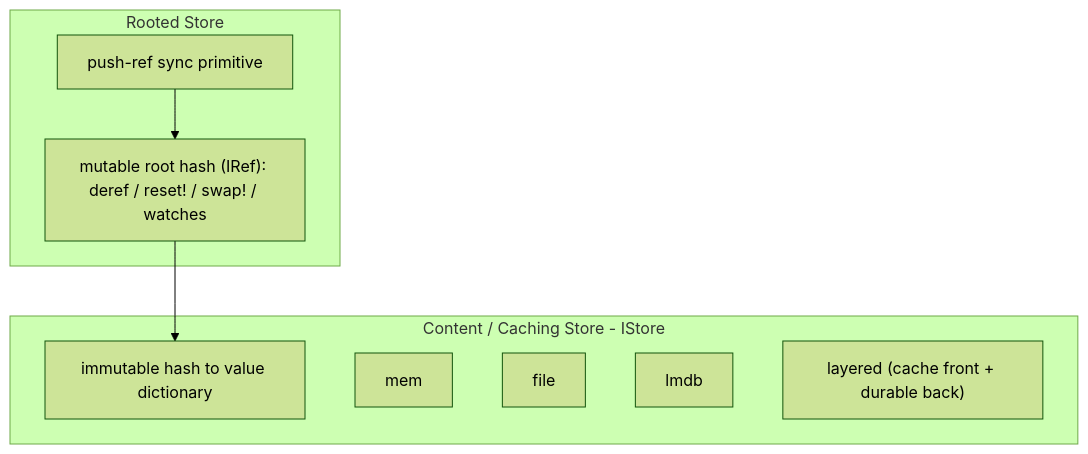
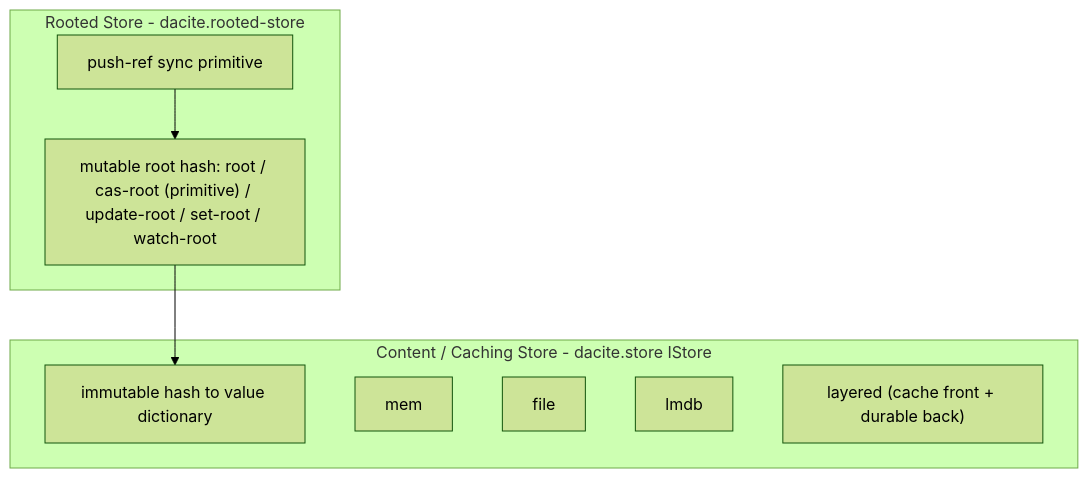
One commit to jclaggett/dacite changed the diagram in docs/design/stores-phase-1.md. Above: the diagram before and after it, drawn with Mermaid (forest theme). The commit also changed other lines of this file and 8 other files, not shown here.

First line of the commit message:
Recast Rooted Stores around compare-and-set; archive dacite.service.

````diff
--- a/docs/design/stores-phase-1.md
+++ b/docs/design/stores-phase-1.md
@@ -23,16 +25,16 @@
 ```mermaid
 graph TD
-  subgraph rooted [Rooted Store]
-    Root["mutable root hash (IRef): deref / reset! / swap! / watches"]
+  subgraph rooted [Rooted Store - dacite.rooted-store]
+    Root["mutable root hash: root / cas-root (primitive) / update-root / set-root / watch-root"]
     Push["push-ref sync primitive"]
   end
-  subgraph content [Content / Caching Store - IStore]
+  subgraph content [Content / Caching Store - dacite.store IStore]
     Dict["immutable hash to value dictionary"]
     Mem["mem"]
     File["file"]
     Lmdb["lmdb"]
     Layered["layered (cache front + durable back)"]
   end
   Root --> Dict
   Push --> Root
 ```
````
